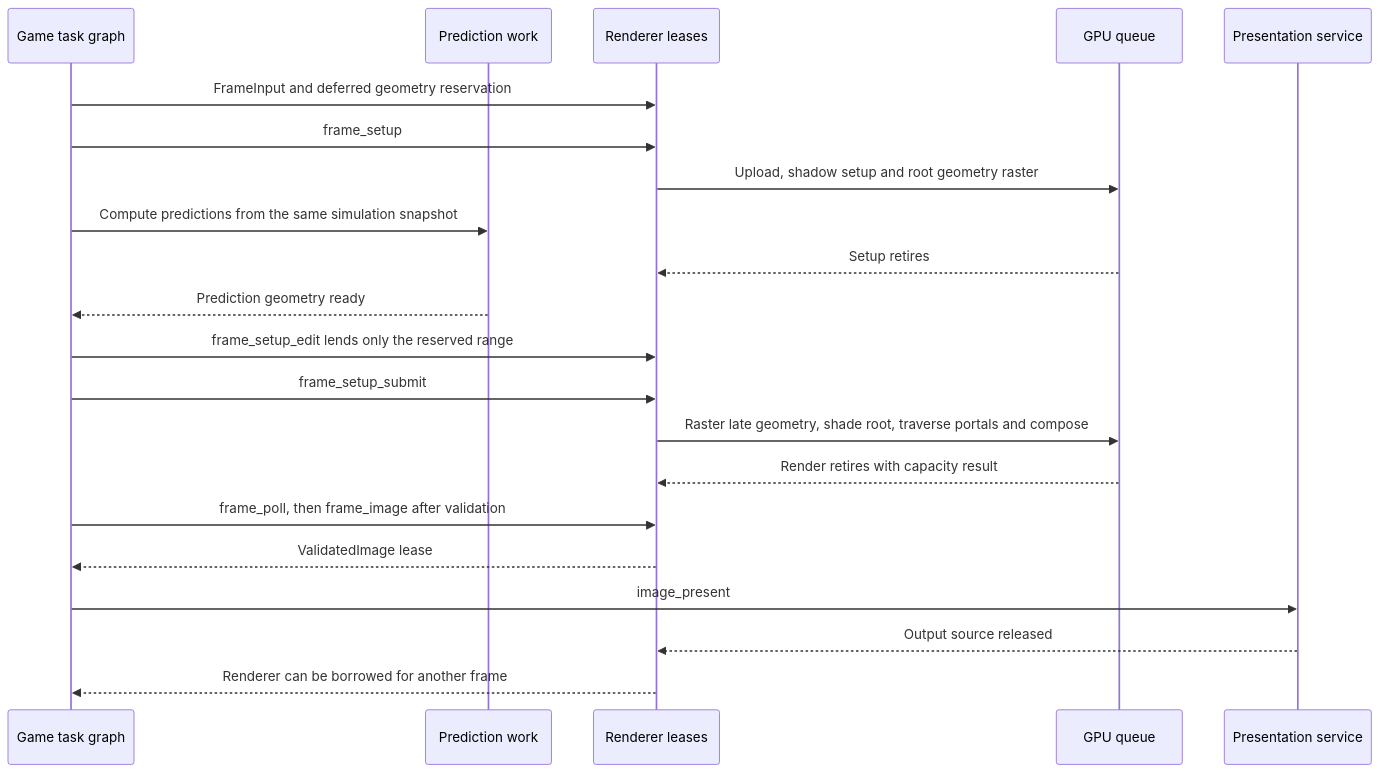
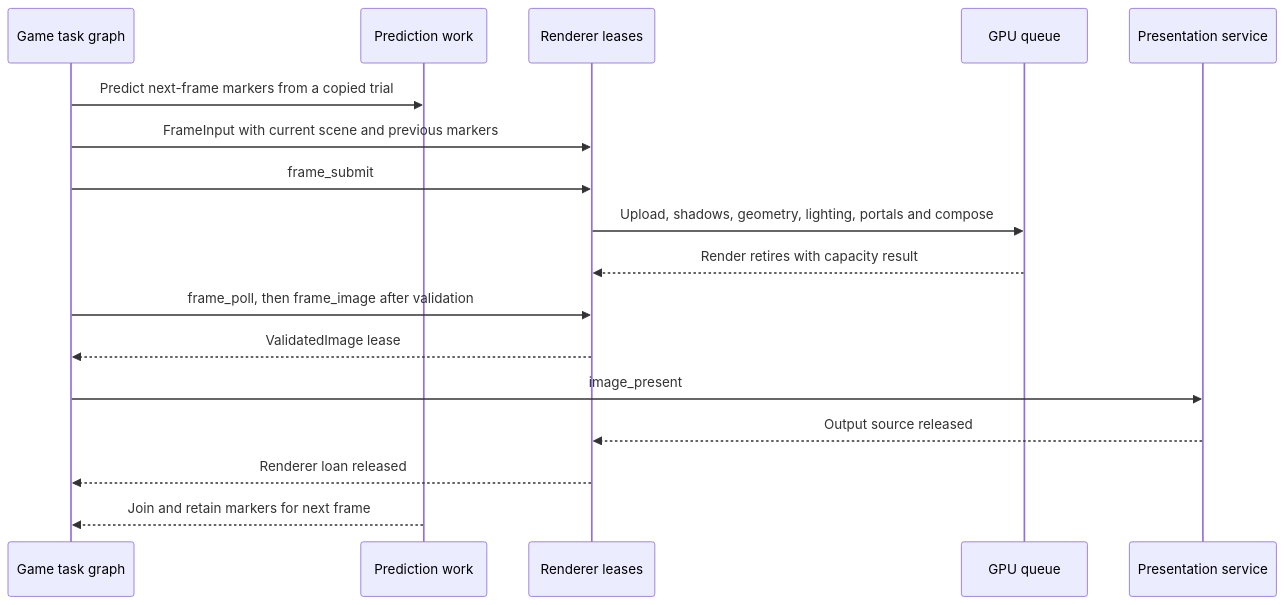
The seventh of 8 diagrams in docs/render/rendering.md (Hardcode84/10), drawn with Mermaid before and after one commit. The commit also changed other lines of this file and 13 other files, not shown here.

Commit message:
Run next-frame prediction independently of rendering

````diff
--- a/docs/render/rendering.md
+++ b/docs/render/rendering.md
@@ -606,23 +606,19 @@
 ```mermaid
 sequenceDiagram
     participant Game as Game task graph
     participant CPU as Prediction work
     participant R as Renderer leases
     participant GPU as GPU queue
     participant P as Presentation service
-    Game->>R: FrameInput and deferred geometry reservation
-    Game->>R: frame_setup
-    R->>GPU: Upload, shadow setup and root geometry raster
-    Game->>CPU: Compute predictions from the same simulation snapshot
-    GPU-->>R: Setup retires
-    CPU-->>Game: Prediction geometry ready
-    Game->>R: frame_setup_edit lends only the reserved range
-    Game->>R: frame_setup_submit
-    R->>GPU: Raster late geometry, shade root, traverse portals and compose
+    Game->>CPU: Predict next-frame markers from a copied trial
+    Game->>R: FrameInput with current scene and previous markers
+    Game->>R: frame_submit
+    R->>GPU: Upload, shadows, geometry, lighting, portals and compose
     GPU-->>R: Render retires with capacity result
     Game->>R: frame_poll, then frame_image after validation
     R-->>Game: ValidatedImage lease
     Game->>P: image_present
     P-->>R: Output source released
-    R-->>Game: Renderer can be borrowed for another frame
+    R-->>Game: Renderer loan released
+    CPU-->>Game: Join and retain markers for next frame
 ```
````
